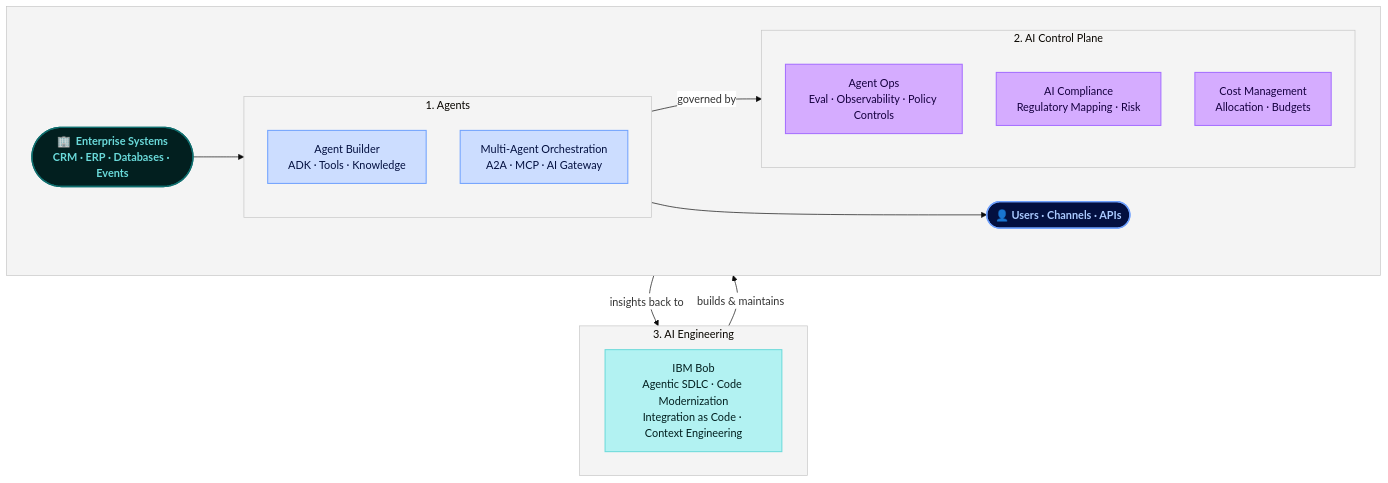
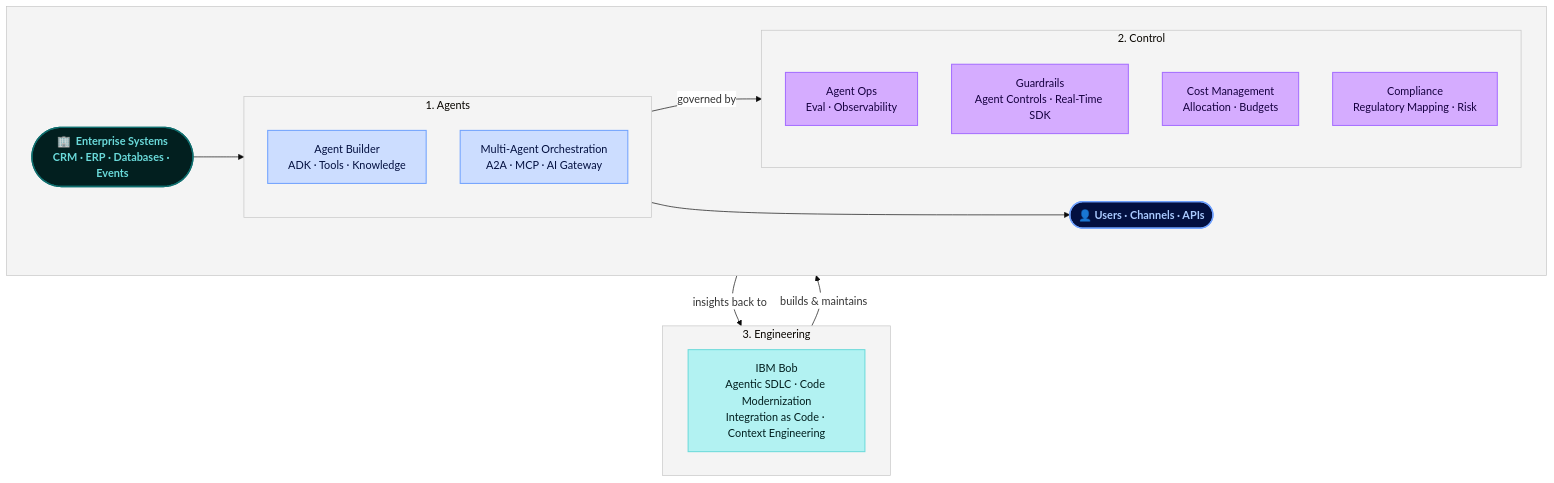
The diagram in docs-src/ai-core/index.md (ibm-self-serve-assets/building-blocks-docs), drawn with Mermaid before and after one commit. The commit also changed other lines of this file and 32 other files, not shown here.

Commit message:
Reframe AI as the AI Control Plane and restructure Control

````diff
--- a/docs-src/ai-core/index.md
+++ b/docs-src/ai-core/index.md
@@ -101,39 +106,40 @@
 ```mermaid
 %%{init: {'theme': 'base', 'themeVariables': {'clusterBkg': '#f4f4f4', 'clusterBorder': '#c6c6c6', 'edgeLabelBackground': '#ffffff'}}}%%
 flowchart TB
-    subgraph ENG["3. AI Engineering"]
+    subgraph ENG["3. Engineering"]
         direction LR
         BOB["IBM Bob<br/>Agentic SDLC · Code Modernization<br/>Integration as Code · Context Engineering"]:::eng
     end
 
     subgraph BOTTOM["&nbsp;"]
         direction LR
         subgraph AGT["1. Agents"]
             direction TB
             AB["Agent Builder<br/>ADK · Tools · Knowledge"]:::agent
             MAO["Multi-Agent Orchestration<br/>A2A · MCP · AI Gateway"]:::agent
         end
 
         SYSTEMS(["🏢  Enterprise Systems<br/>CRM · ERP · Databases · Events"]):::systems
         USERS(["👤  Users · Channels · APIs"]):::input
 
-        subgraph CP["2. AI Control Plane"]
+        subgraph CP["2. Control"]
             direction TB
-            AO["Agent Ops<br/>Eval · Observability · Policy Controls"]:::ctrl
-            AC["AI Compliance<br/>Regulatory Mapping · Risk"]:::ctrl
+            AO["Agent Ops<br/>Eval · Observability"]:::ctrl
+            GR["Guardrails<br/>Agent Controls · Real-Time SDK"]:::ctrl
             CM["Cost Management<br/>Allocation · Budgets"]:::ctrl
+            AC["Compliance<br/>Regulatory Mapping · Risk"]:::ctrl
         end
     end
 
     ENG -->|"builds & maintains"| AGT
     SYSTEMS --> AGT
     AGT --> USERS
     AGT -->|"governed by"| CP
     CP -->|"insights back to"| ENG
 
     classDef input   fill:#031040,color:#AACAFF,stroke:#6FA1FE,stroke-width:2px,font-weight:700
     classDef systems fill:#021F1F,color:#6ADADA,stroke:#0F6E6E,stroke-width:2px,font-weight:700
     classDef agent   fill:#CCDDFF,color:#031040,stroke:#6FA1FE,stroke-width:1.5px
     classDef ctrl    fill:#D5ACFF,color:#160040,stroke:#A56EFF,stroke-width:1.5px
     classDef eng     fill:#B2F2F2,color:#021F1F,stroke:#6ADADA,stroke-width:1.5px
 ```
````
